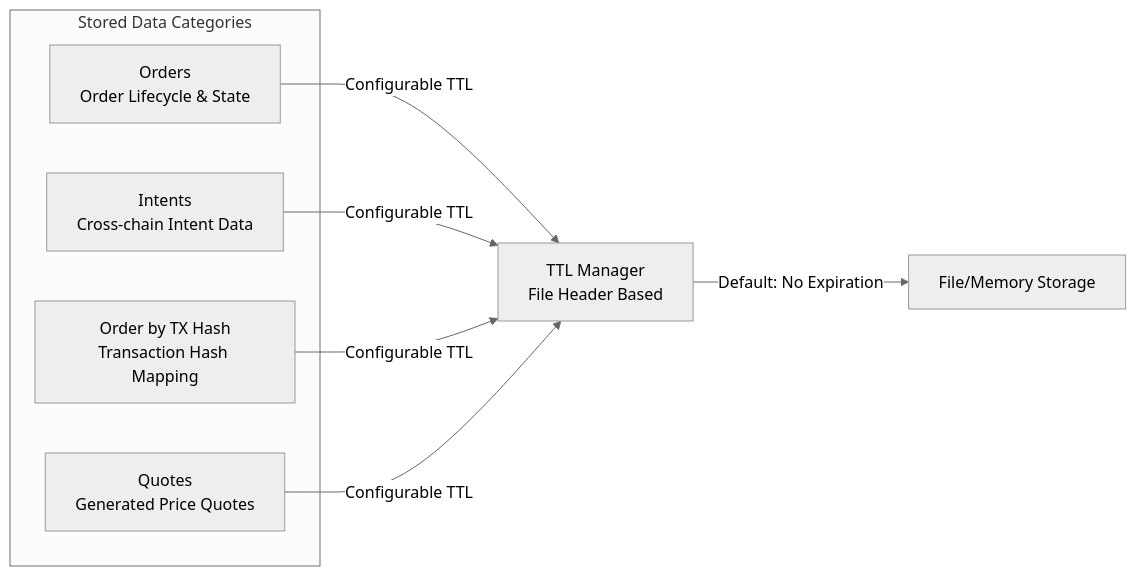
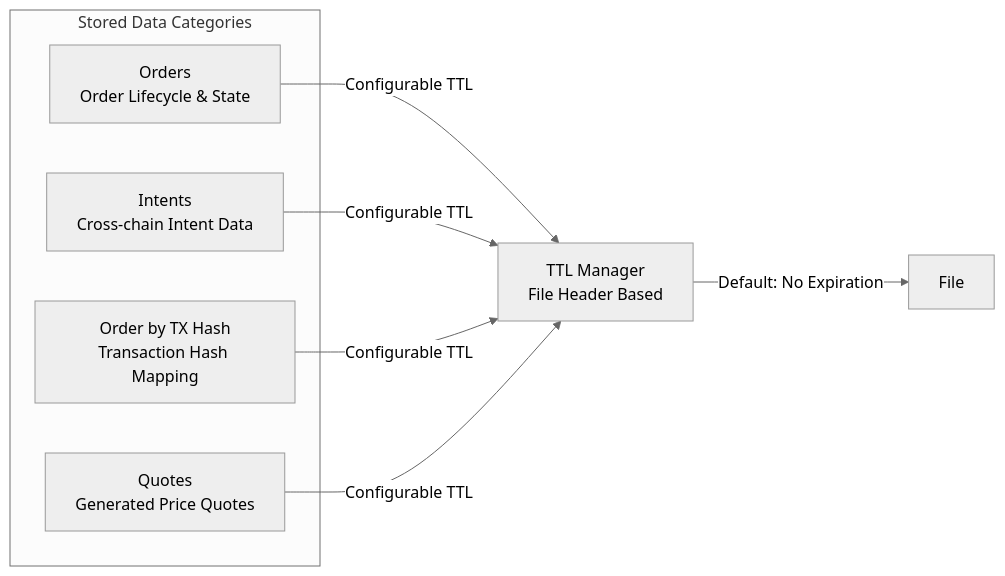
The second of 2 diagrams in docs/developer/crates/solver-storage.md (openintentsframework/oif-solver), drawn with Mermaid (neutral theme) before and after one commit. The commit also changed 4 other files, not shown here.

````diff
--- a/docs/developer/crates/solver-storage.md
+++ b/docs/developer/crates/solver-storage.md
@@ -43,16 +43,16 @@
 ```mermaid
 graph LR
     subgraph "Stored Data Categories"
         OrderData[Orders<br/>Order Lifecycle & State]
         IntentData[Intents<br/>Cross-chain Intent Data]
         TxHashData[Order by TX Hash<br/>Transaction Hash Mapping]
         QuoteData[Quotes<br/>Generated Price Quotes]
     end
 
     OrderData --> |Configurable TTL| TTLManager[TTL Manager<br/>File Header Based]
     IntentData --> |Configurable TTL| TTLManager
     TxHashData --> |Configurable TTL| TTLManager
     QuoteData --> |Configurable TTL| TTLManager
 
-    TTLManager --> |Default: No Expiration| Storage[File/Memory Storage]
+    TTLManager --> |Default: No Expiration| Storage[File]
 ```
````
